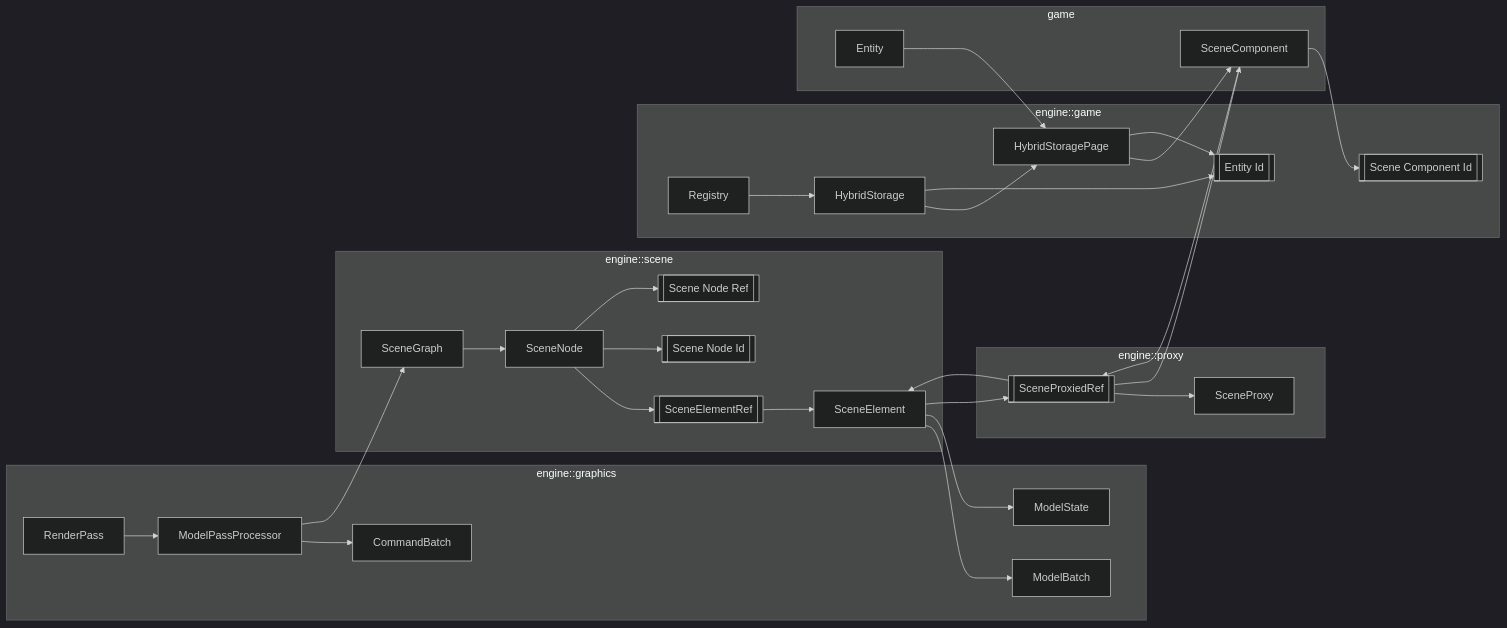
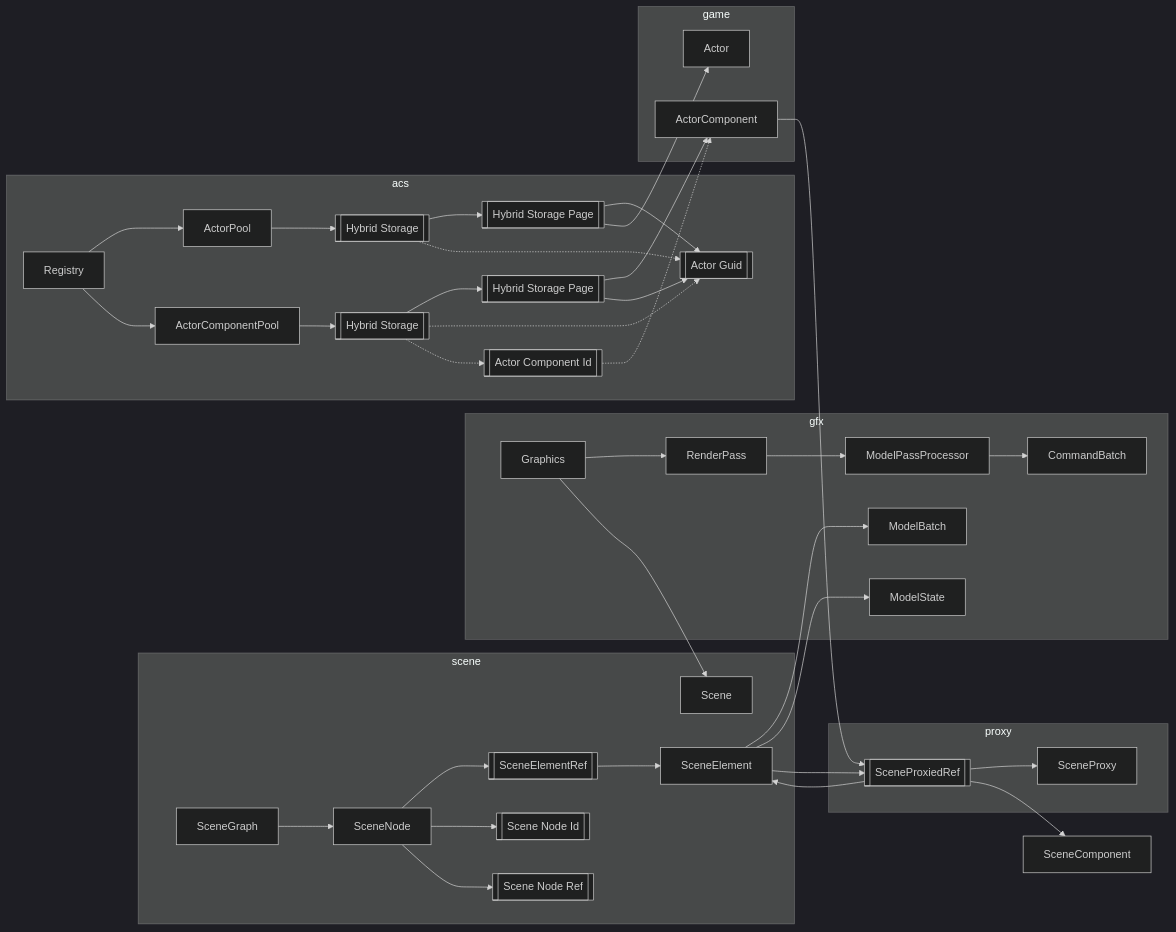
Diagram 19 of 31 in docs/concept.md (Heliogrim/Heliogrim-Engine), drawn with Mermaid (dark theme) before and after one commit. The commit also changed other lines of this file and 102 other files, not shown here.

````diff
--- a/docs/concept.md
+++ b/docs/concept.md
@@ -772,6 +807,8 @@
 ```mermaid
 graph LR
-    subgraph engine::graphics
+    subgraph gfx
+        Graphics
+
         RenderPass
         ModelPassProcessor
         ModelBatch
@@ -780,7 +817,9 @@
         CommandBatch
     end
 
-    subgraph engine::scene
+    subgraph scene
+        Scene
+
         SceneGraph
         SceneNode
         SceneNodeId[[Scene Node Id]]
@@ -790,30 +829,39 @@
         SceneElementRef[[SceneElementRef]]
     end
 
-    subgraph engine::proxy
+    subgraph proxy
         SceneProxy
         SceneProxiedRef[[SceneProxiedRef]]
     end
 
-    subgraph engine::game
+    subgraph acs
         Registry
 
-        HybridStorage
-        HybridStoragePage
+        ActorPool
 
-        EntityId[[Entity Id]]
-        SceneComponentId[[Scene Component Id]]
+        ActorComponentPool
+
+        AHybridStorage[[Hybrid Storage]]
+        ACHybridStorage[[Hybrid Storage]]
+
+        AHybridStoragePage[[Hybrid Storage Page]]
+        ACHybridStoragePage[[Hybrid Storage Page]]
+
+        ActorGuid[[Actor Guid]]
+        ActorComponentId[[Actor Component Id]]
     end
 
     subgraph game
-        Entity
-        SceneComponent
+        Actor
+        ActorComponent
     end
+
+    Graphics --> RenderPass
+    Graphics --> Scene
 
     RenderPass --> ModelPassProcessor
 
     ModelPassProcessor --> CommandBatch
-    ModelPassProcessor --> SceneGraph
 
     SceneGraph --> SceneNode
 
@@ -827,18 +875,29 @@
     SceneElement --> ModelState
     SceneElement --> SceneProxiedRef
 
-    Entity --> HybridStoragePage
+    Registry --> ActorPool
+    Registry --> ActorComponentPool
 
-    Registry --> HybridStorage
+    ActorPool --> AHybridStorage
 
-    HybridStorage --> HybridStoragePage
-    HybridStorage --> EntityId
+    AHybridStorage --> AHybridStoragePage
+    AHybridStorage -.-> ActorGuid
 
-    HybridStoragePage --> SceneComponent
-    HybridStoragePage --> EntityId
+    AHybridStoragePage --> ActorGuid
+    AHybridStoragePage --> Actor
 
-    SceneComponent --> SceneComponentId
-    SceneComponent --> SceneProxiedRef
+    ActorComponentPool --> ACHybridStorage
+
+    ACHybridStorage --> ACHybridStoragePage
+    ACHybridStorage -.-> ActorGuid
+    ACHybridStorage -.-> ActorComponentId;
+
+    ACHybridStoragePage --> ActorComponent
+    ACHybridStoragePage --> ActorGuid
+
+    ActorComponentId -.-> ActorComponent
+
+    ActorComponent --> SceneProxiedRef
 
     SceneProxiedRef --> SceneProxy
     SceneProxiedRef --> SceneElement
````
